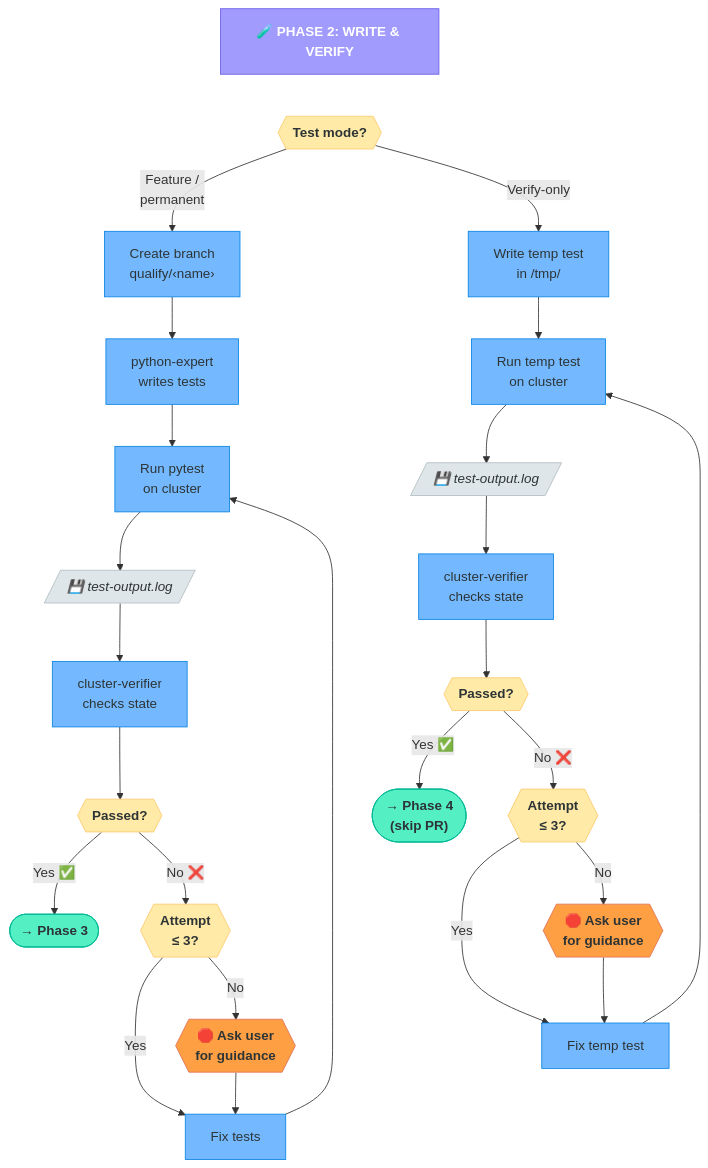
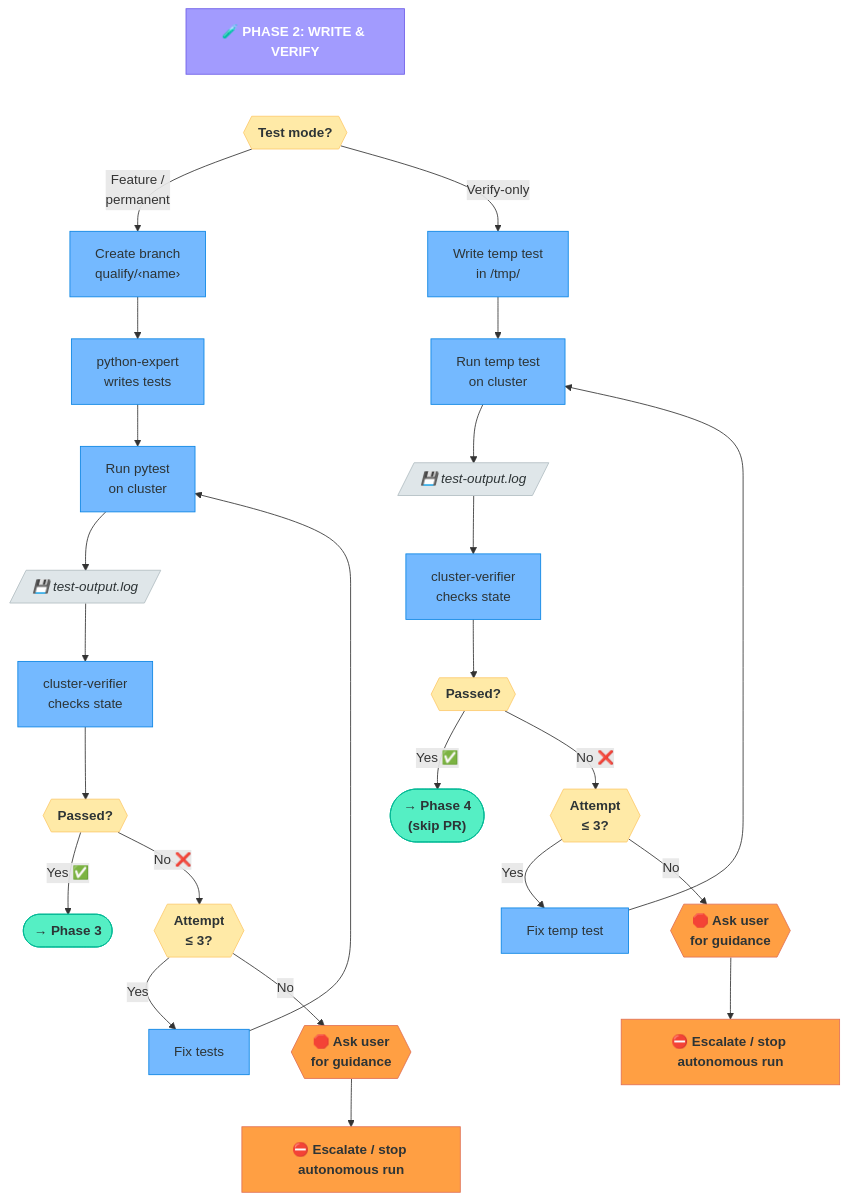
Before and after one commit to RedHatQE/mtv-api-tests: the fourth of 9 diagrams in llm/qualify/workflow-diagrams.md, drawn with Mermaid. The commit also changed other lines of this file and 6 other files, not shown here.

````diff
--- a/llm/qualify/workflow-diagrams.md
+++ b/llm/qualify/workflow-diagrams.md
@@ -111,49 +111,49 @@
 ```mermaid
 flowchart TD
     classDef agent fill:#74b9ff,stroke:#0984e3,color:#2d3436
     classDef human fill:#ff9f43,stroke:#e17055,color:#2d3436,font-weight:bold
     classDef decision fill:#ffeaa7,stroke:#fdcb6e,color:#2d3436,font-weight:bold
     classDef artifact fill:#dfe6e9,stroke:#b2bec3,color:#2d3436,font-style:italic
     classDef phase fill:#a29bfe,stroke:#6c5ce7,color:#fff,font-weight:bold
     classDef success fill:#55efc4,stroke:#00b894,color:#2d3436,font-weight:bold
 
     TITLE["🧪 PHASE 2: WRITE & VERIFY"]:::phase
     MODE{{"Test mode?"}}:::decision
 
     TITLE ~~~ MODE
 
     %% Feature / permanent path
     BRANCH["Create branch\nqualify/‹name›"]:::agent
     WRITE["python-expert\nwrites tests"]:::agent
     RUN["Run pytest\non cluster"]:::agent
     LOG1[/"💾 test-output.log"/]:::artifact
     CV1["cluster-verifier\nchecks state"]:::agent
     PASS1{{"Passed?"}}:::decision
     RETRY1{{"Attempt\n≤ 3?"}}:::decision
     FIX1["Fix tests"]:::agent
     STUCK1{{"🛑 Ask user\nfor guidance"}}:::human
     DONE1(["→ Phase 3"]):::success
 
     MODE -- "Feature /\npermanent" --> BRANCH --> WRITE --> RUN --> LOG1 --> CV1 --> PASS1
     PASS1 -- "Yes ✅" --> DONE1
     PASS1 -- "No ❌" --> RETRY1
     RETRY1 -- "Yes" --> FIX1 --> RUN
-    RETRY1 -- "No" --> STUCK1 --> FIX1
+    RETRY1 -- "No" --> STUCK1 --> ESCALATE1["⛔ Escalate / stop autonomous run"]:::human
 
     %% Verify-only path
     WTEMP["Write temp test\nin /tmp/"]:::agent
     RTEMP["Run temp test\non cluster"]:::agent
     LOG2[/"💾 test-output.log"/]:::artifact
     CV2["cluster-verifier\nchecks state"]:::agent
     PASS2{{"Passed?"}}:::decision
     RETRY2{{"Attempt\n≤ 3?"}}:::decision
     FIX2["Fix temp test"]:::agent
     STUCK2{{"🛑 Ask user\nfor guidance"}}:::human
     DONE2(["→ Phase 4\n(skip PR)"]):::success
 
     MODE -- "Verify-only" --> WTEMP --> RTEMP --> LOG2 --> CV2 --> PASS2
     PASS2 -- "Yes ✅" --> DONE2
     PASS2 -- "No ❌" --> RETRY2
     RETRY2 -- "Yes" --> FIX2 --> RTEMP
-    RETRY2 -- "No" --> STUCK2 --> FIX2
+    RETRY2 -- "No" --> STUCK2 --> ESCALATE2["⛔ Escalate / stop autonomous run"]:::human
 ```
````
